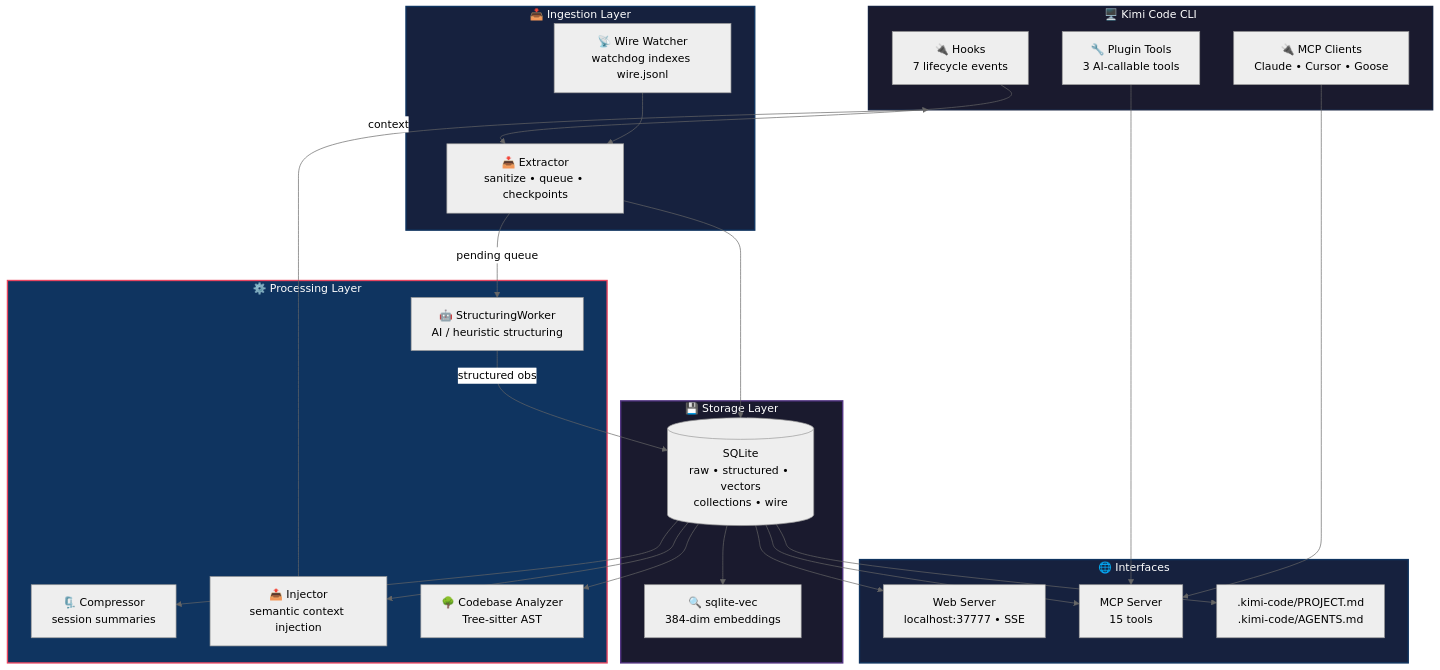
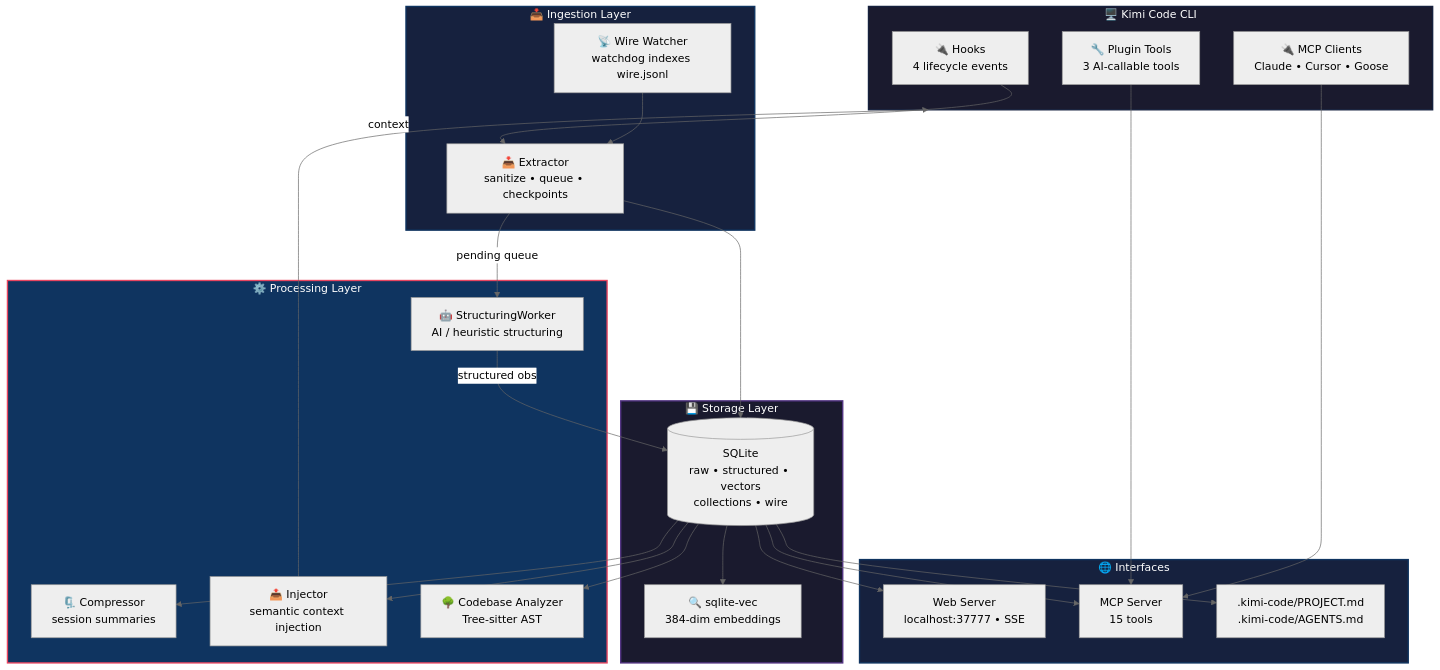
Before and after one commit to ArchiDoxx/mneme-kimi-code: the diagram in README.md, drawn with Mermaid (neutral theme). The commit also changed other lines of this file and 14 other files, not shown here.

````diff
--- a/README.md
+++ b/README.md
@@ -243,53 +243,53 @@
 ```mermaid
 flowchart TB
     subgraph kimi_cli["🖥️ Kimi Code CLI"]
-        hooks["🔌 Hooks<br/>7 lifecycle events"]
+        hooks["🔌 Hooks<br/>4 lifecycle events"]
         plugin["🔧 Plugin Tools<br/>3 AI-callable tools"]
         mcp_client["🔌 MCP Clients<br/>Claude • Cursor • Goose"]
     end
 
     subgraph ingestion["📥 Ingestion Layer"]
         wire["📡 Wire Watcher<br/>watchdog indexes wire.jsonl"]
         extractor["📥 Extractor<br/>sanitize • queue • checkpoints"]
     end
 
     subgraph processing["⚙️ Processing Layer"]
         worker["🤖 StructuringWorker<br/>AI / heuristic structuring"]
         compressor["🗜️ Compressor<br/>session summaries"]
         injector["📤 Injector<br/>semantic context injection"]
         analyzer["🌳 Codebase Analyzer<br/>Tree-sitter AST"]
     end
 
     subgraph storage["💾 Storage Layer"]
         sqlite[("SQLite<br/>raw • structured • vectors<br/>collections • wire")]
         vec["🔍 sqlite-vec<br/>384-dim embeddings"]
     end
 
     subgraph interfaces["🌐 Interfaces"]
         server["Web Server<br/>localhost:37777 • SSE"]
         mcp_server["MCP Server<br/>15 tools"]
         project_md[".kimi-code/PROJECT.md<br/>.kimi-code/AGENTS.md"]
     end
 
     hooks --> extractor
     wire --> extractor
     extractor --> sqlite
     extractor -->|pending queue| worker
     worker -->|structured obs| sqlite
     sqlite --> vec
     sqlite --> compressor
     sqlite --> injector
     sqlite --> analyzer
     sqlite --> server
     sqlite --> mcp_server
     sqlite --> project_md
     plugin --> mcp_server
     mcp_client --> mcp_server
     injector -->|context| kimi_cli
 
     style kimi_cli fill:#1a1a2e,stroke:#16213e,stroke-width:2px,color:#fff
     style ingestion fill:#16213e,stroke:#0f3460,stroke-width:2px,color:#fff
     style processing fill:#0f3460,stroke:#e94560,stroke-width:2px,color:#fff
     style storage fill:#1a1a2e,stroke:#533483,stroke-width:2px,color:#fff
     style interfaces fill:#16213e,stroke:#0f3460,stroke-width:2px,color:#fff
 ```
````
